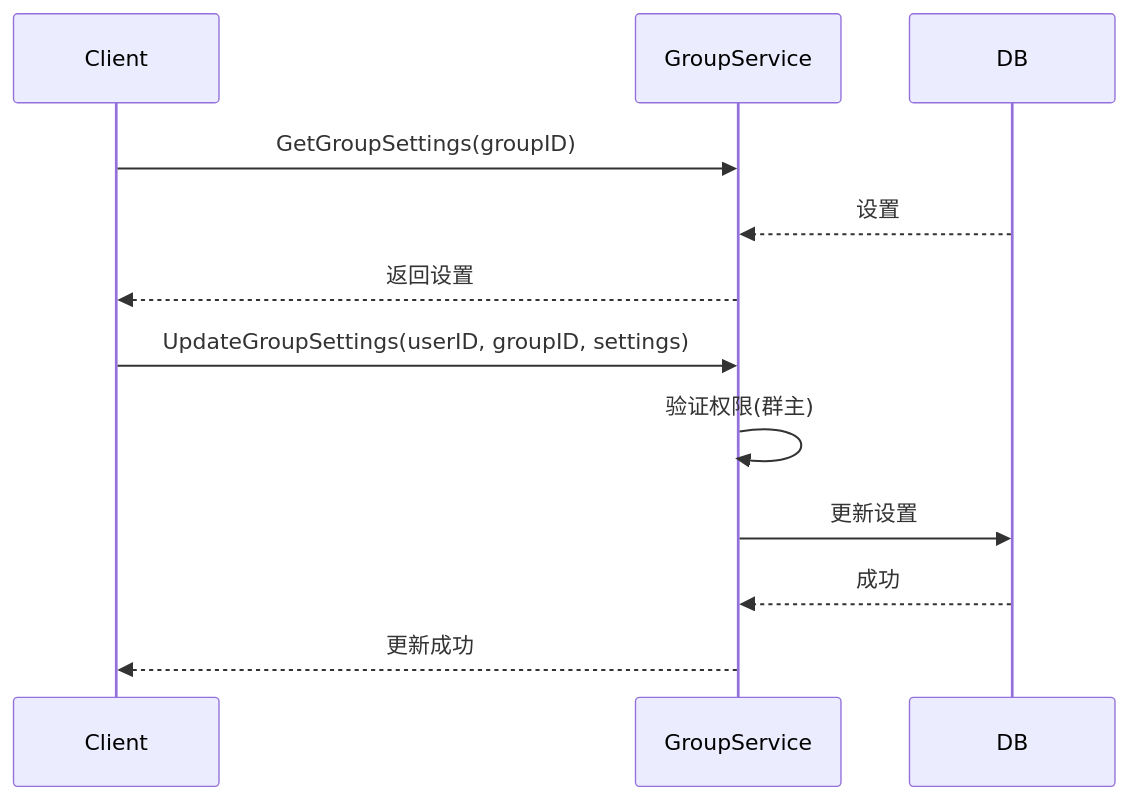
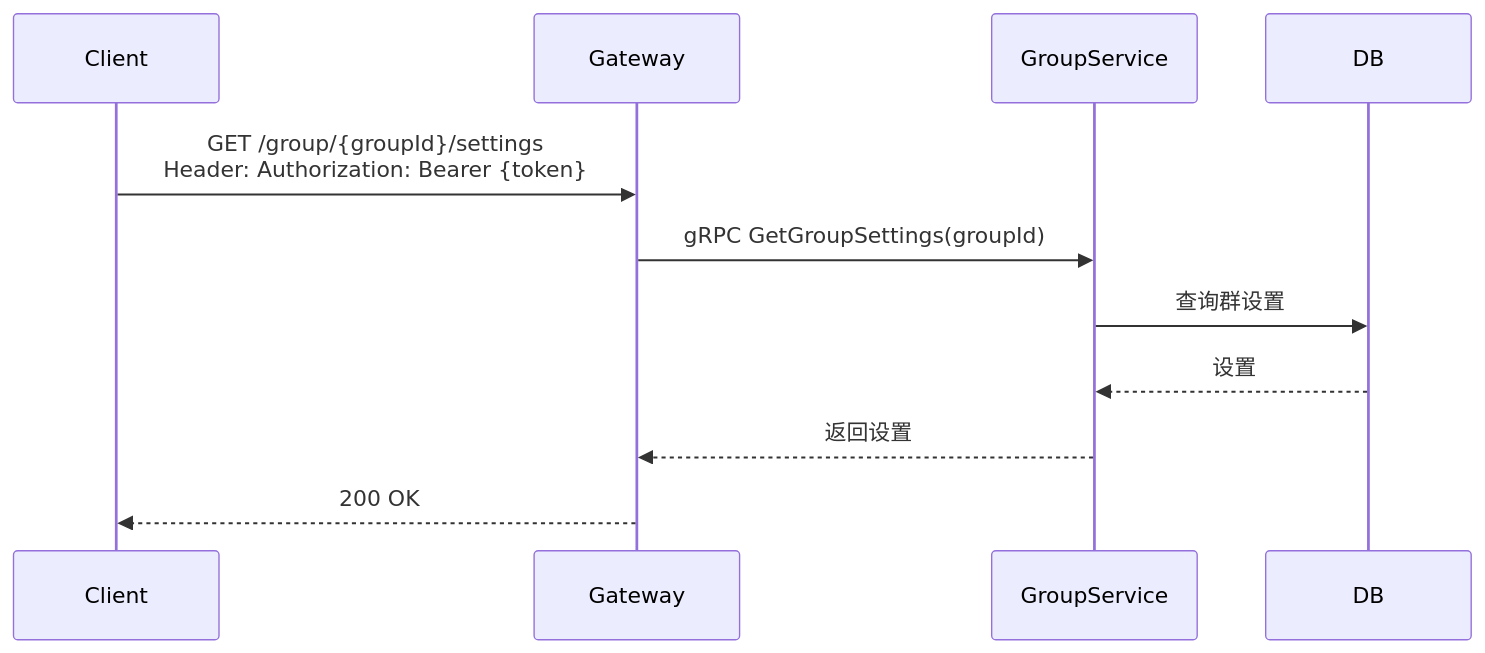
Before and after one commit to yzhgit/anychat-server: the first of 3 diagrams in docs/design/group/settings.md, drawn with Mermaid. The commit also changed other lines of this file and 30 other files, not shown here.

First line of the commit message:
docs: 更新设计文档时序图，添加Gateway和NATS参与者

````diff
--- a/docs/design/group/settings.md
+++ b/docs/design/group/settings.md
@@ -34,16 +36,14 @@
 ```mermaid
 sequenceDiagram
     participant Client
+    participant Gateway
     participant GroupService
     participant DB
 
-    Client->>GroupService: GetGroupSettings(groupID)
+    Client->>Gateway: GET /group/{groupId}/settings<br/>Header: Authorization: Bearer {token}
+    Gateway->>GroupService: gRPC GetGroupSettings(groupId)
+    GroupService->>DB: 查询群设置
     DB-->>GroupService: 设置
-    GroupService-->>Client: 返回设置
-
-    Client->>GroupService: UpdateGroupSettings(userID, groupID, settings)
-    GroupService->>GroupService: 验证权限(群主)
-    GroupService->>DB: 更新设置
-    DB-->>GroupService: 成功
-    GroupService-->>Client: 更新成功
+    GroupService-->>Gateway: 返回设置
+    Gateway-->>Client: 200 OK
 ```
````
